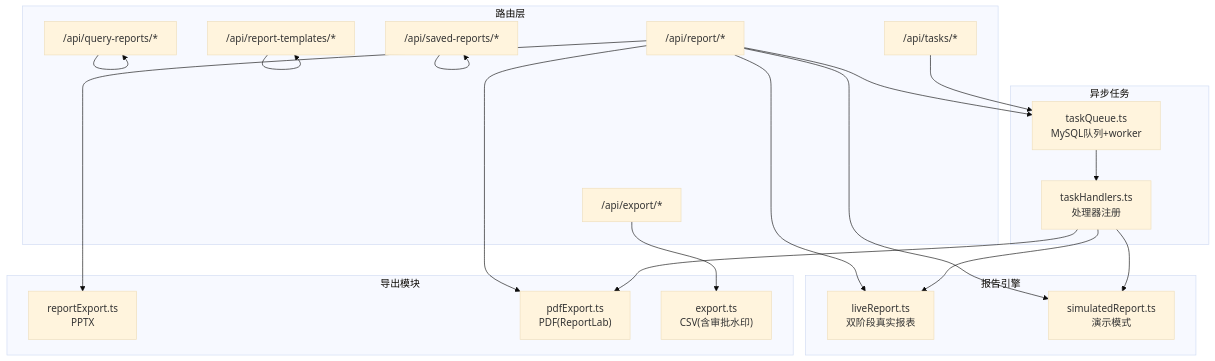
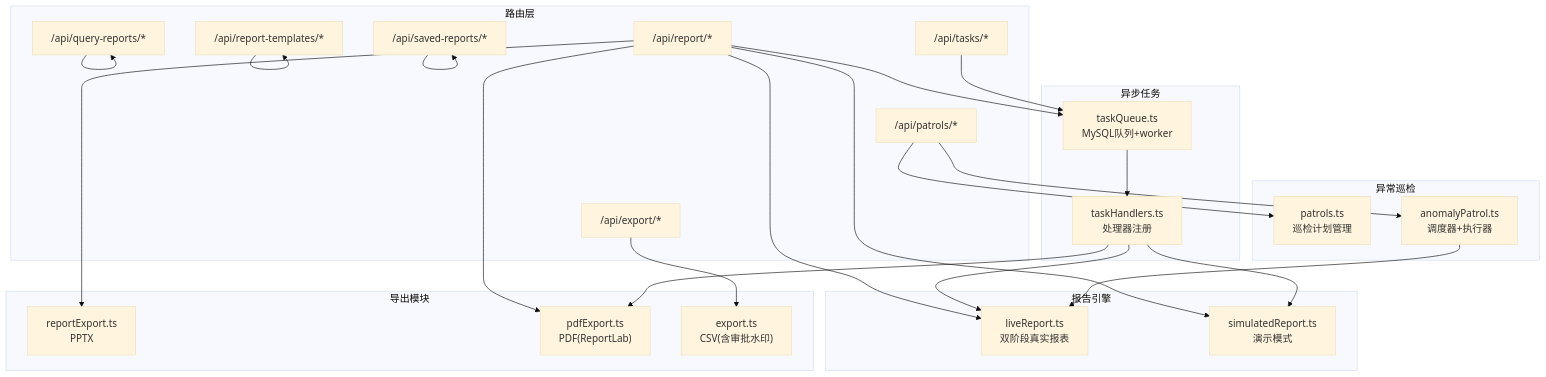
Before and after one commit to dgjin/smart-data-analytics: the first of 6 diagrams in .qoder/repowiki/zh/content/API参考/报表API.md, drawn with Mermaid (base theme). The commit also changed other lines of this file and 82 other files, not shown here.

````diff
--- a/.qoder/repowiki/zh/content/API参考/报表API.md
+++ b/.qoder/repowiki/zh/content/API参考/报表API.md
@@ -47,38 +58,46 @@
 ```mermaid
 graph TB
 subgraph "路由层"
 R1["/api/report/*"]
 R2["/api/query-reports/*"]
 R3["/api/report-templates/*"]
 R4["/api/saved-reports/*"]
 R5["/api/export/*"]
 R6["/api/tasks/*"]
+R7["/api/patrols/*"]
 end
 subgraph "报告引擎"
 L1["liveReport.ts<br/>双阶段真实报表"]
 L2["simulatedReport.ts<br/>演示模式"]
 end
 subgraph "导出模块"
 E1["reportExport.ts<br/>PPTX"]
 E2["pdfExport.ts<br/>PDF(ReportLab)"]
 E3["export.ts<br/>CSV(含审批水印)"]
+end
+subgraph "异常巡检"
+P1["patrols.ts<br/>巡检计划管理"]
+P2["anomalyPatrol.ts<br/>调度器+执行器"]
 end
 subgraph "异步任务"
 TQ["taskQueue.ts<br/>MySQL队列+worker"]
 TH["taskHandlers.ts<br/>处理器注册"]
 end
 R1 --> L1
 R1 --> L2
 R1 --> E1
 R1 --> E2
 R1 --> TQ
 R2 --> R2
 R3 --> R3
 R4 --> R4
 R5 --> E3
 R6 --> TQ
+R7 --> P1
+R7 --> P2
 TQ --> TH
 TH --> L1
 TH --> L2
 TH --> E2
+P2 --> L1
 ```
````
